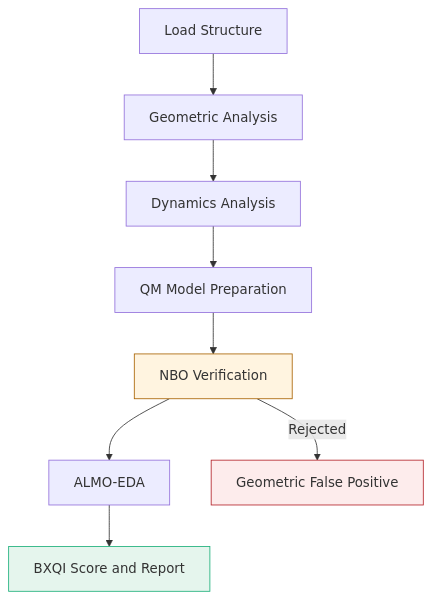
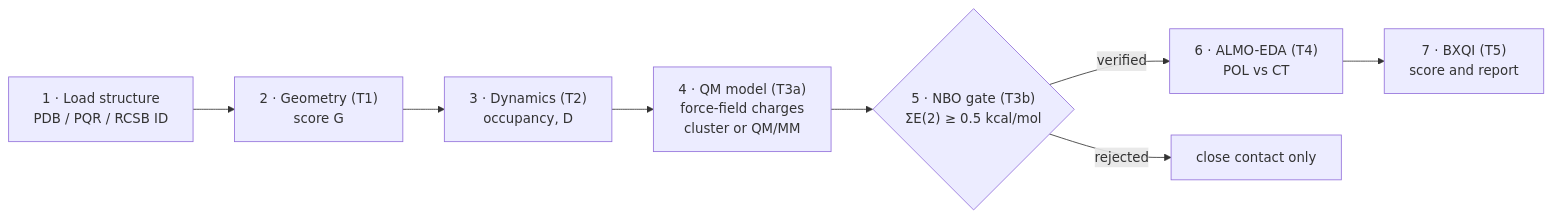
One commit to compchemsk/BondX-Studio changed the diagram in README.md. Above: the diagram before and after it, drawn with Mermaid. The commit also changed other lines of this file and 3544 other files, not shown here.

````diff
--- a/README.md
+++ b/README.md
@@ -38,15 +41,10 @@
 ```mermaid
-flowchart TD
-    A["Load Structure"] --> B["Geometric Analysis"]
-    B --> C["Dynamics Analysis"]
-    C --> D["QM Model Preparation"]
-    D --> E["NBO Verification"]
-    E --> F["ALMO-EDA"]
-    F --> G["BXQI Score and Report"]
-
-    E -->|Rejected| H["Geometric False Positive"]
-
-    style E fill:#fff4e0,stroke:#a86200
-    style H fill:#fdecec,stroke:#b4232a
-    style G fill:#e5f5ed,stroke:#1baf7a
+flowchart LR
+    A["1 · Load structure<br/>PDB / PQR / RCSB ID"] --> B["2 · Geometry (T1)<br/>score G"]
+    B --> C["3 · Dynamics (T2)<br/>occupancy, D"]
+    C --> D["4 · QM model (T3a)<br/>force-field charges<br/>cluster or QM/MM"]
+    D --> E{"5 · NBO gate (T3b)<br/>ΣE(2) ≥ 0.5 kcal/mol"}
+    E -- verified --> F["6 · ALMO-EDA (T4)<br/>POL vs CT"]
+    E -- rejected --> X["close contact only"]
+    F --> G["7 · BXQI (T5)<br/>score and report"]
 ```
````
